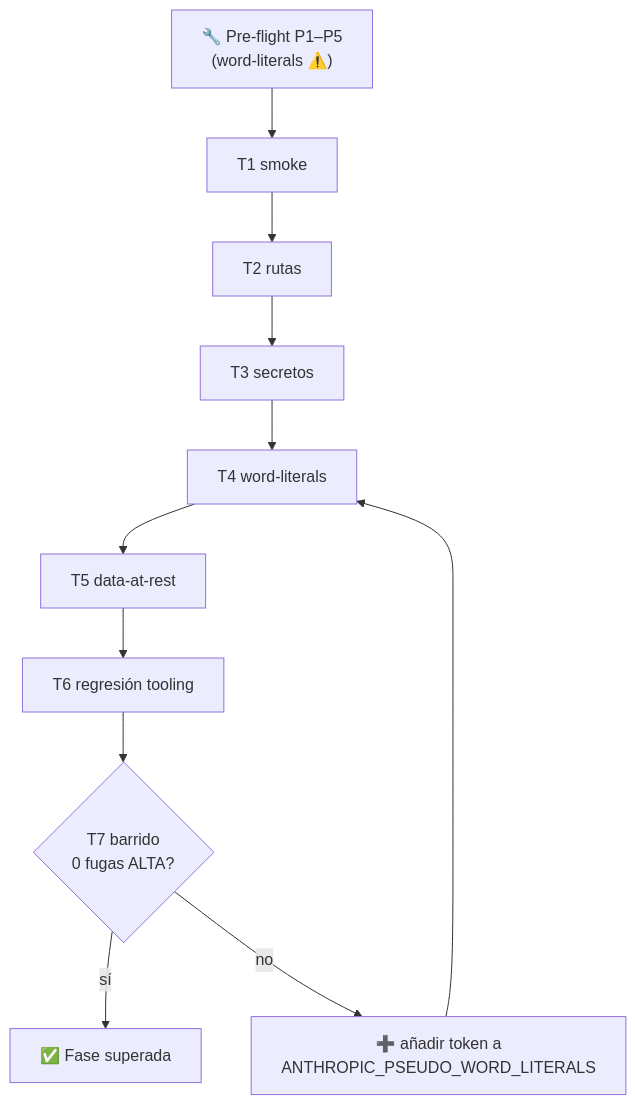
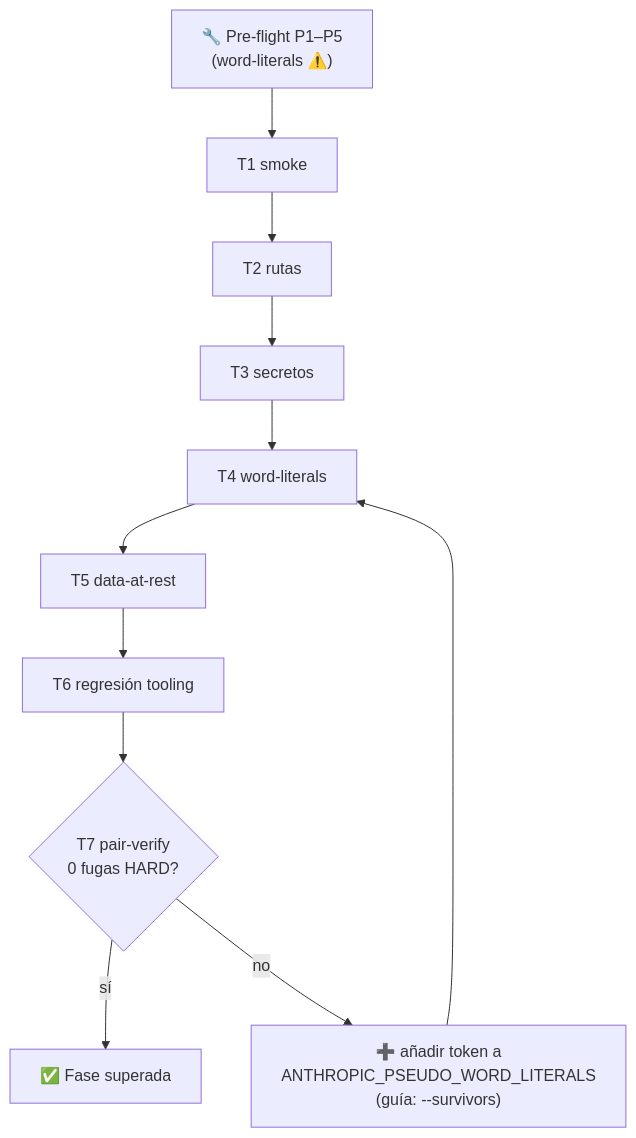
The diagram in docs/plan-pruebas-control.md (Ka0s-Klaus/klaus-proxy-local), drawn with Mermaid before and after one commit. The commit also changed other lines of this file and 6 other files, not shown here.

````diff
--- a/docs/plan-pruebas-control.md
+++ b/docs/plan-pruebas-control.md
@@ -80,9 +80,9 @@
 ```mermaid
 flowchart TD
     PF["🔧 Pre-flight P1–P5\n(word-literals ⚠️)"] --> T1["T1 smoke"]
     T1 --> T2["T2 rutas"] --> T3["T3 secretos"] --> T4["T4 word-literals"]
     T4 --> T5["T5 data-at-rest"] --> T6["T6 regresión tooling"]
-    T6 --> T7{"T7 barrido\n0 fugas ALTA?"}
+    T6 --> T7{"T7 pair-verify\n0 fugas HARD?"}
     T7 -- sí --> OK["✅ Fase superada"]
-    T7 -- no --> FIX["➕ añadir token a\nANTHROPIC_PSEUDO_WORD_LITERALS"] --> T4
+    T7 -- no --> FIX["➕ añadir token a\nANTHROPIC_PSEUDO_WORD_LITERALS\n(guía: --survivors)"] --> T4
 ```
````
